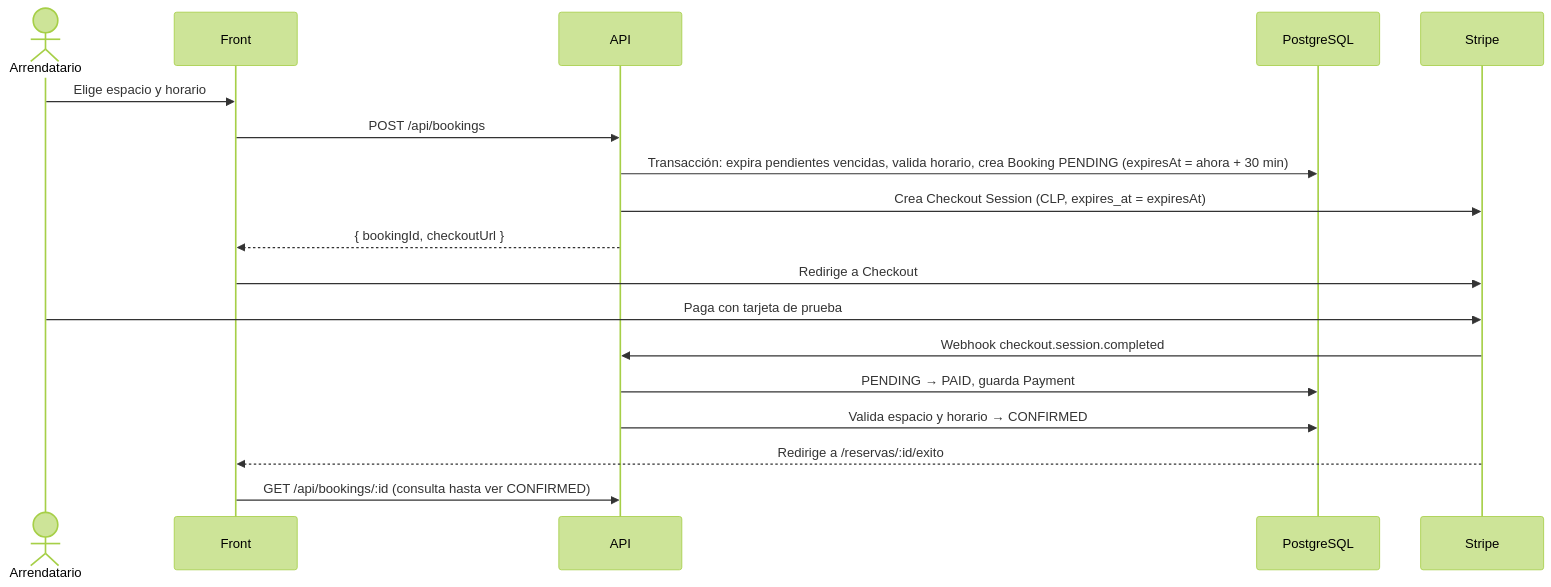
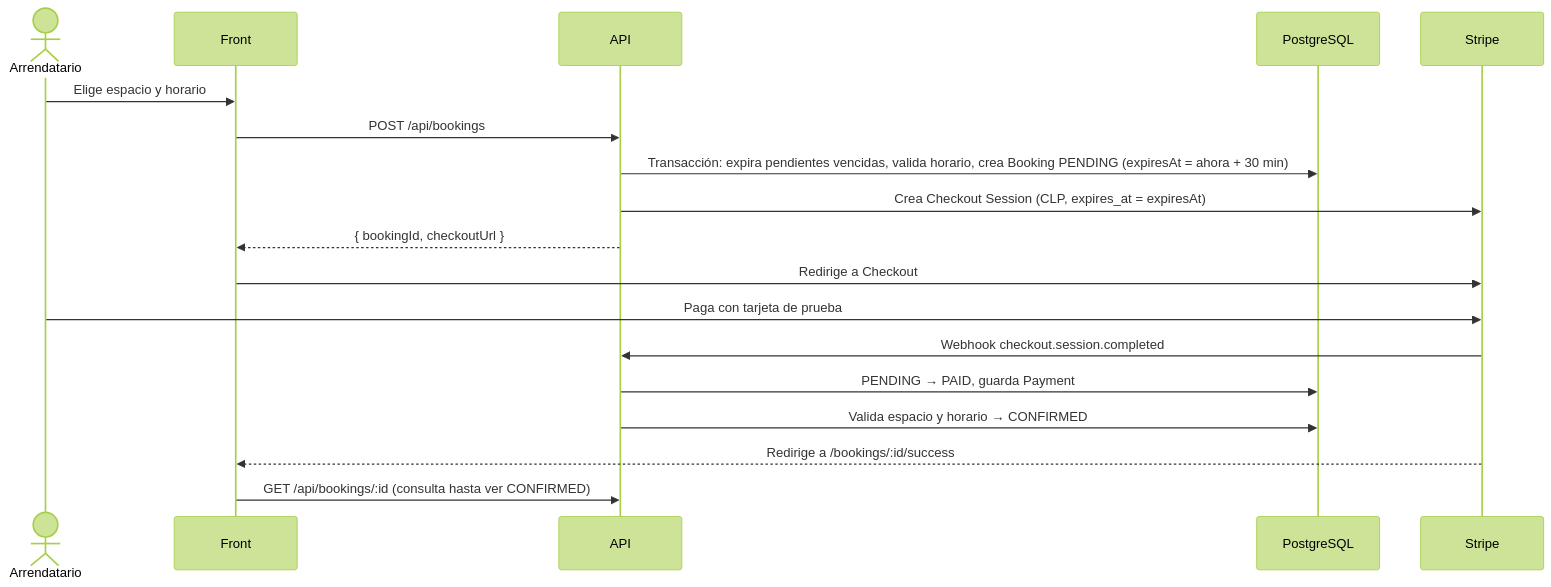
One commit to AlejandroMG/inf331-equipo-3 changed the third of 3 diagrams in docs/arquitectura.md. Above: the diagram before and after it, drawn with Mermaid (forest theme). The commit also changed other lines of this file and 25 other files, not shown here.

Commit message:
feat(bookings): F-05 contrato de disponibilidad, reservas y pagos

````diff
--- a/docs/arquitectura.md
+++ b/docs/arquitectura.md
@@ -305,20 +339,20 @@
 ```mermaid
 sequenceDiagram
     actor Arr as Arrendatario
     participant F as Front
     participant A as API
     participant DB as PostgreSQL
     participant S as Stripe
     Arr->>F: Elige espacio y horario
     F->>A: POST /api/bookings
     A->>DB: Transacción: expira pendientes vencidas, valida horario, crea Booking PENDING (expiresAt = ahora + 30 min)
     A->>S: Crea Checkout Session (CLP, expires_at = expiresAt)
     A-->>F: { bookingId, checkoutUrl }
     F->>S: Redirige a Checkout
     Arr->>S: Paga con tarjeta de prueba
     S->>A: Webhook checkout.session.completed
     A->>DB: PENDING → PAID, guarda Payment
     A->>DB: Valida espacio y horario → CONFIRMED
-    S-->>F: Redirige a /reservas/:id/exito
+    S-->>F: Redirige a /bookings/:id/success
     F->>A: GET /api/bookings/:id (consulta hasta ver CONFIRMED)
 ```
````
